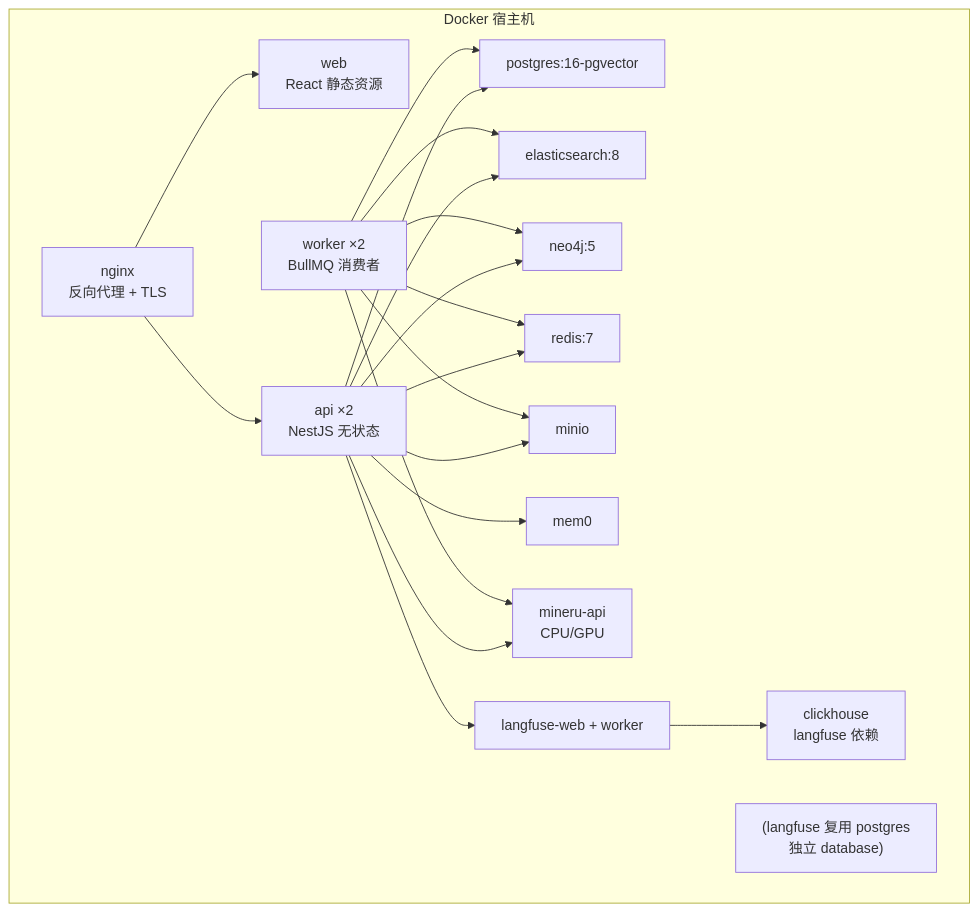
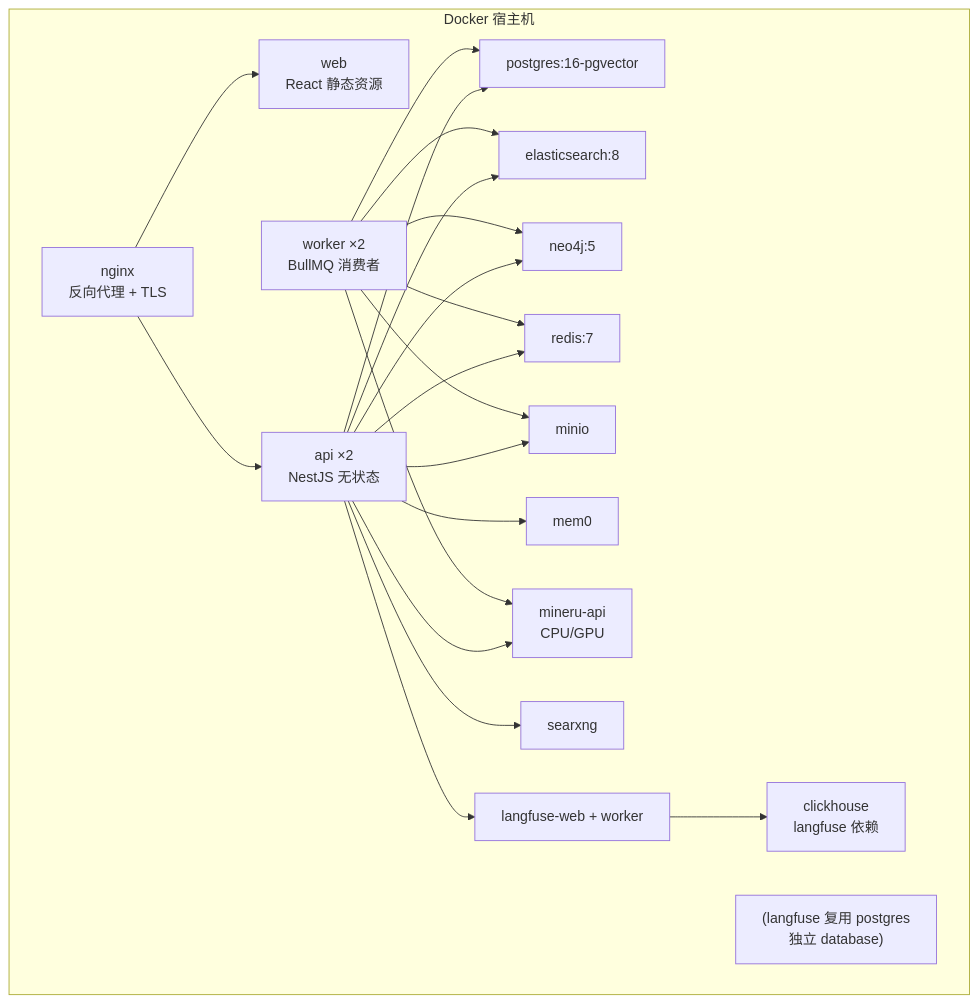
Before and after one commit to Fa-haxiki/enterprise-knowlege-hub: the diagram in docs/07-deployment.md, drawn with Mermaid. The commit also changed other lines of this file and 42 other files, not shown here.

First line of the commit message:
feat: 问答升级为 Agentic RAG，并用自建 SearXNG 提供联网检索

````diff
--- a/docs/07-deployment.md
+++ b/docs/07-deployment.md
@@ -7,23 +7,24 @@
 ```mermaid
 flowchart TB
     subgraph host [Docker 宿主机]
         Nginx["nginx<br/>反向代理 + TLS"]
         Web["web<br/>React 静态资源"]
         API["api ×2<br/>NestJS 无状态"]
         Worker["worker ×2<br/>BullMQ 消费者"]
         PG["postgres:16-pgvector"]
         ES["elasticsearch:8"]
         Neo4j["neo4j:5"]
         Redis["redis:7"]
         MinIO["minio"]
         MinerU["mineru-api<br/>CPU/GPU"]
         Mem0["mem0"]
+        SearXNG["searxng"]
         LFWeb["langfuse-web + worker"]
         LFPG["(langfuse 复用 postgres<br/>独立 database)"]
         Click["clickhouse<br/>langfuse 依赖"]
     end
     Nginx --> Web & API
-    API --> PG & ES & Neo4j & Redis & MinIO & Mem0 & MinerU
+    API --> PG & ES & Neo4j & Redis & MinIO & Mem0 & MinerU & SearXNG
     Worker --> PG & ES & Neo4j & Redis & MinIO & MinerU
     API --> LFWeb --> Click
 ```
````
